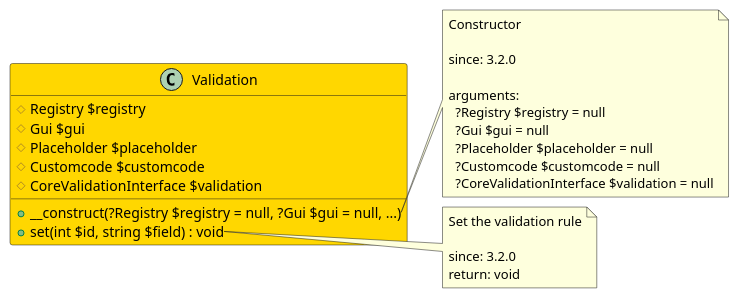
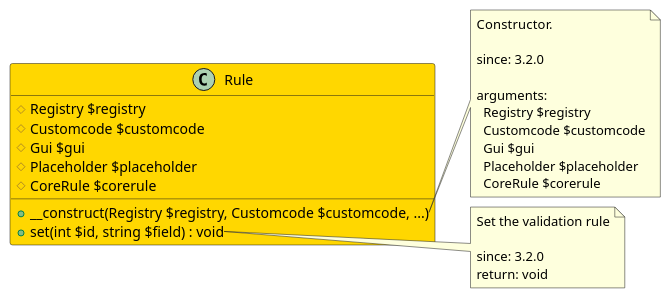
The diagram in src/c871fb4a-4c33-4302-bb79-a9cd7ef4a557/README.md (joomengine/jcb-compiler), drawn with PlantUML before and after one commit. The commit also changed other lines of this file and 399 other files, not shown here.

````diff
--- a/src/c871fb4a-4c33-4302-bb79-a9cd7ef4a557/README.md
+++ b/src/c871fb4a-4c33-4302-bb79-a9cd7ef4a557/README.md
@@ -11,34 +11,34 @@
 ```uml
 @startuml
-class Validation  #Gold {
+class Rule  #Gold {
   # Registry $registry
+  # Customcode $customcode
   # Gui $gui
   # Placeholder $placeholder
-  # Customcode $customcode
-  # CoreValidationInterface $validation
-  + __construct(?Registry $registry = null, ?Gui $gui = null, ...)
+  # CoreRule $corerule
+  + __construct(Registry $registry, Customcode $customcode, ...)
   + set(int $id, string $field) : void
 }
 
-note right of Validation::__construct
-  Constructor
+note right of Rule::__construct
+  Constructor.
 
   since: 3.2.0
   
   arguments:
-    ?Registry $registry = null
-    ?Gui $gui = null
-    ?Placeholder $placeholder = null
-    ?Customcode $customcode = null
-    ?CoreValidationInterface $validation = null
+    Registry $registry
+    Customcode $customcode
+    Gui $gui
+    Placeholder $placeholder
+    CoreRule $corerule
 end note
 
-note right of Validation::set
+note right of Rule::set
   Set the validation rule
 
   since: 3.2.0
   return: void
 end note
  
 @enduml
 ```
````
